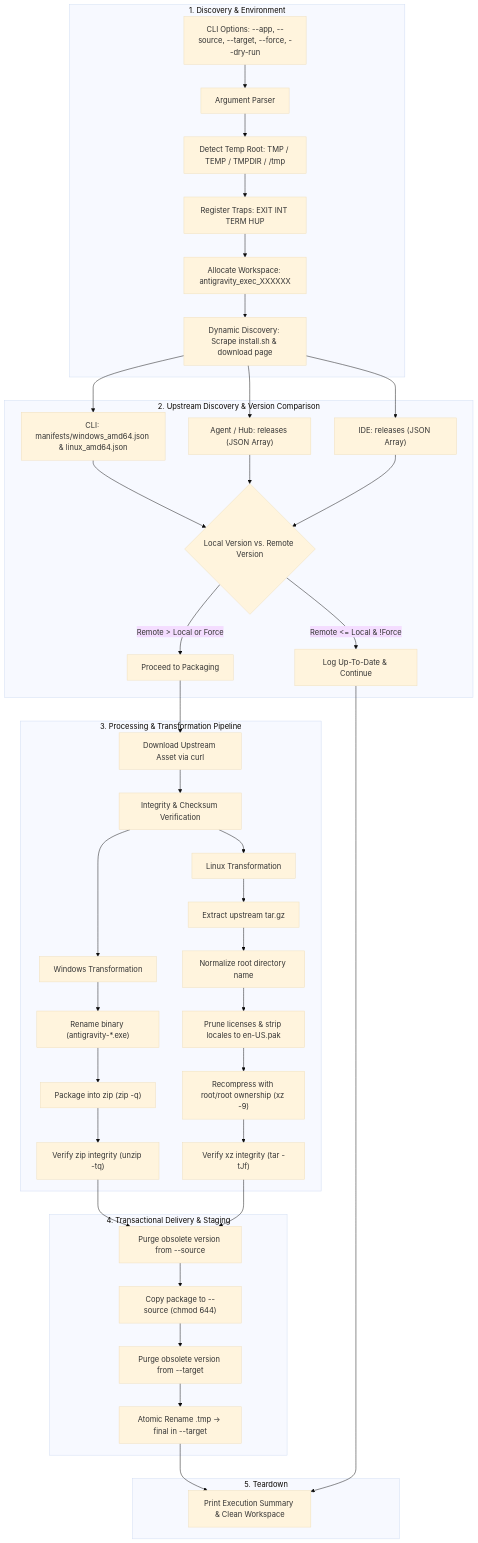
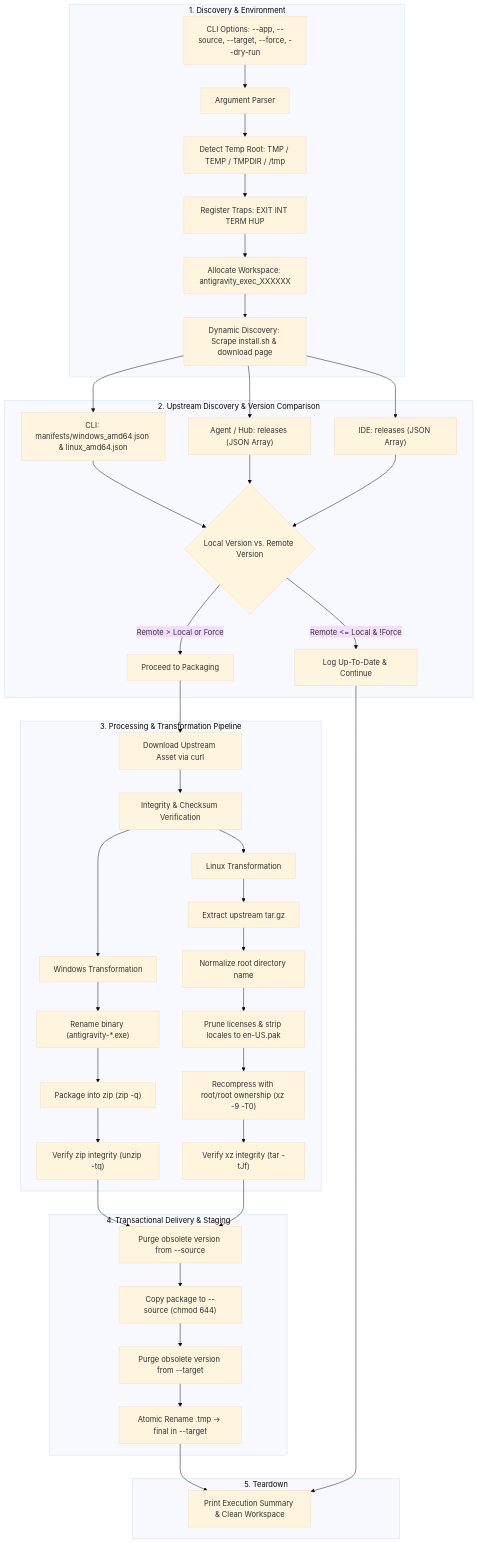
The diagram in client_tools/antigravity_package_README.md (edsilegxrepo/devops), drawn with Mermaid (base theme) before and after one commit. The commit also changed other lines of this file and 5 other files, not shown here.

````diff
--- a/client_tools/antigravity_package_README.md
+++ b/client_tools/antigravity_package_README.md
@@ -39,53 +39,53 @@
 ```mermaid
 flowchart TD
     subgraph Initialization ["1. Discovery & Environment"]
         CLI["CLI Options: --app, --source, --target, --force, --dry-run"] --> Parser["Argument Parser"]
         Parser --> TempDetect["Detect Temp Root: TMP / TEMP / TMPDIR / /tmp"]
         TempDetect --> TrapInit["Register Traps: EXIT INT TERM HUP"]
         TrapInit --> WorkspaceInit["Allocate Workspace: antigravity_exec_XXXXXX"]
         WorkspaceInit --> DynamicDiscovery["Dynamic Discovery: Scrape install.sh & download page"]
     end
 
     subgraph Discovery ["2. Upstream Discovery & Version Comparison"]
         DynamicDiscovery --> CLI_API["CLI: manifests/windows_amd64.json & linux_amd64.json"]
         DynamicDiscovery --> HUB_API["Agent / Hub: releases (JSON Array)"]
         DynamicDiscovery --> IDE_API["IDE: releases (JSON Array)"]
         
         CLI_API --> VerCompare{"Local Version vs. Remote Version"}
         HUB_API --> VerCompare
         IDE_API --> VerCompare
         
         VerCompare -- "Remote <= Local & !Force" --> Skip["Log Up-To-Date & Continue"]
         VerCompare -- "Remote > Local or Force" --> BuildPipeline["Proceed to Packaging"]
     end
 
     subgraph Packaging ["3. Processing & Transformation Pipeline"]
         BuildPipeline --> DownloadAsset["Download Upstream Asset via curl"]
         DownloadAsset --> VerifyAsset["Integrity & Checksum Verification"]
         
         VerifyAsset --> WinTransform["Windows Transformation"]
         WinTransform --> WinRename["Rename binary (antigravity-*.exe)"]
         WinRename --> WinZip["Package into zip (zip -q)"]
         WinZip --> WinVerify["Verify zip integrity (unzip -tq)"]
         
         VerifyAsset --> LnxTransform["Linux Transformation"]
         LnxTransform --> LnxExtract["Extract upstream tar.gz"]
         LnxExtract --> LnxFolder["Normalize root directory name"]
         LnxFolder --> LnxPrune["Prune licenses & strip locales to en-US.pak"]
-        LnxPrune --> LnxXZ["Recompress with root/root ownership (xz -9)"]
+        LnxPrune --> LnxXZ["Recompress with root/root ownership (xz -9 -T0)"]
         LnxXZ --> LnxVerify["Verify xz integrity (tar -tJf)"]
     end
 
     subgraph Staging ["4. Transactional Delivery & Staging"]
         WinVerify --> PurgeOldSrc["Purge obsolete version from --source"]
         LnxVerify --> PurgeOldSrc
         PurgeOldSrc --> MoveSrc["Copy package to --source (chmod 644)"]
         MoveSrc --> PurgeOldTgt["Purge obsolete version from --target"]
         PurgeOldTgt --> StageTgt["Atomic Rename .tmp -> final in --target"]
     end
 
     subgraph Finalization ["5. Teardown"]
         StageTgt --> Summary["Print Execution Summary & Clean Workspace"]
         Skip --> Summary
     end
 ```
````
